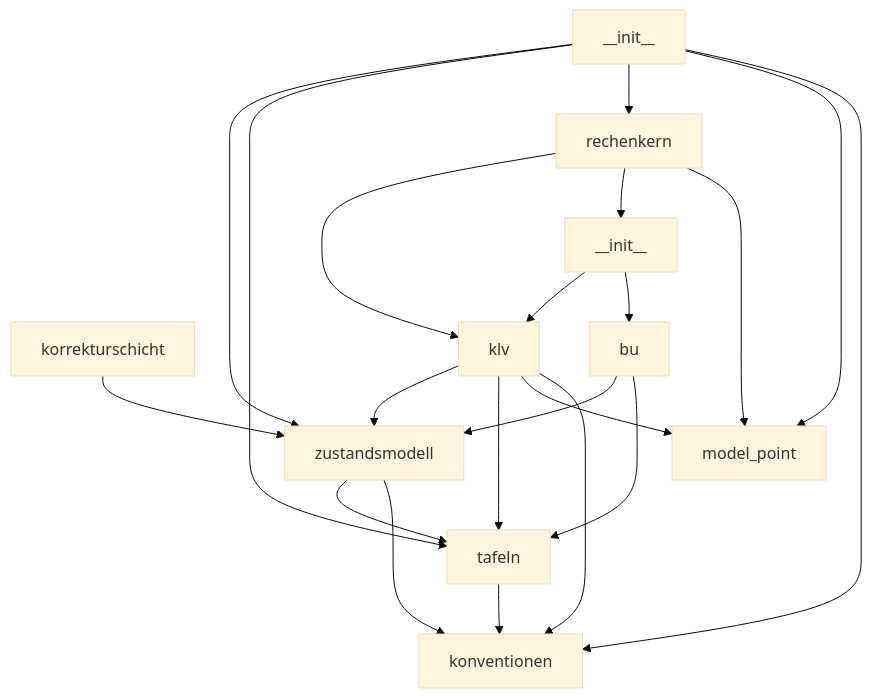
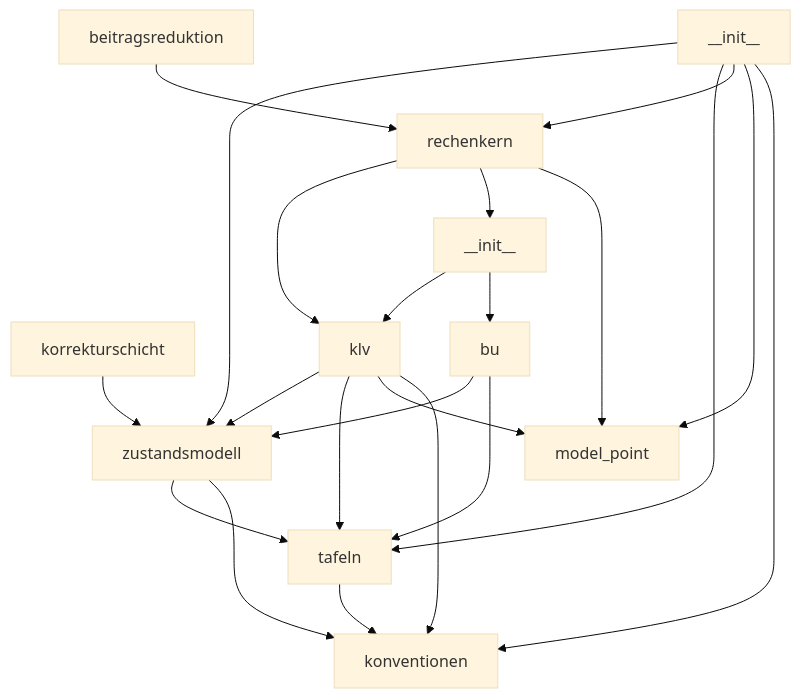
The third of 3 diagrams in docs/architektur/landkarte.md (bartlmac/rechner-pipeline), drawn with Mermaid (base theme) before and after one commit. The commit also changed other lines of this file and 2 other files, not shown here.

````diff
--- a/docs/architektur/landkarte.md
+++ b/docs/architektur/landkarte.md
@@ -96,34 +96,36 @@
 ```mermaid
 %% kern — erzeugt von ontologie.landkarte
 flowchart TD
     rechner_pipeline_kern___init___py["__init__"]
+    rechner_pipeline_kern_beitragsreduktion_py["beitragsreduktion"]
     rechner_pipeline_kern_konventionen_py["konventionen"]
     rechner_pipeline_kern_korrekturschicht_py["korrekturschicht"]
     rechner_pipeline_kern_model_point_py["model_point"]
     rechner_pipeline_kern_produkte___init___py["__init__"]
     rechner_pipeline_kern_produkte_bu_py["bu"]
     rechner_pipeline_kern_produkte_klv_py["klv"]
     rechner_pipeline_kern_rechenkern_py["rechenkern"]
     rechner_pipeline_kern_tafeln_py["tafeln"]
     rechner_pipeline_kern_zustandsmodell_py["zustandsmodell"]
     rechner_pipeline_kern___init___py --> rechner_pipeline_kern_konventionen_py
     rechner_pipeline_kern___init___py --> rechner_pipeline_kern_model_point_py
     rechner_pipeline_kern___init___py --> rechner_pipeline_kern_rechenkern_py
     rechner_pipeline_kern___init___py --> rechner_pipeline_kern_tafeln_py
     rechner_pipeline_kern___init___py --> rechner_pipeline_kern_zustandsmodell_py
+    rechner_pipeline_kern_beitragsreduktion_py --> rechner_pipeline_kern_rechenkern_py
     rechner_pipeline_kern_korrekturschicht_py --> rechner_pipeline_kern_zustandsmodell_py
     rechner_pipeline_kern_produkte___init___py --> rechner_pipeline_kern_produkte_bu_py
     rechner_pipeline_kern_produkte___init___py --> rechner_pipeline_kern_produkte_klv_py
     rechner_pipeline_kern_produkte_bu_py --> rechner_pipeline_kern_tafeln_py
     rechner_pipeline_kern_produkte_bu_py --> rechner_pipeline_kern_zustandsmodell_py
     rechner_pipeline_kern_produkte_klv_py --> rechner_pipeline_kern_konventionen_py
     rechner_pipeline_kern_produkte_klv_py --> rechner_pipeline_kern_model_point_py
     rechner_pipeline_kern_produkte_klv_py --> rechner_pipeline_kern_tafeln_py
     rechner_pipeline_kern_produkte_klv_py --> rechner_pipeline_kern_zustandsmodell_py
     rechner_pipeline_kern_rechenkern_py --> rechner_pipeline_kern_model_point_py
     rechner_pipeline_kern_rechenkern_py --> rechner_pipeline_kern_produkte___init___py
     rechner_pipeline_kern_rechenkern_py --> rechner_pipeline_kern_produkte_klv_py
     rechner_pipeline_kern_tafeln_py --> rechner_pipeline_kern_konventionen_py
     rechner_pipeline_kern_zustandsmodell_py --> rechner_pipeline_kern_konventionen_py
     rechner_pipeline_kern_zustandsmodell_py --> rechner_pipeline_kern_tafeln_py
 ```
````
